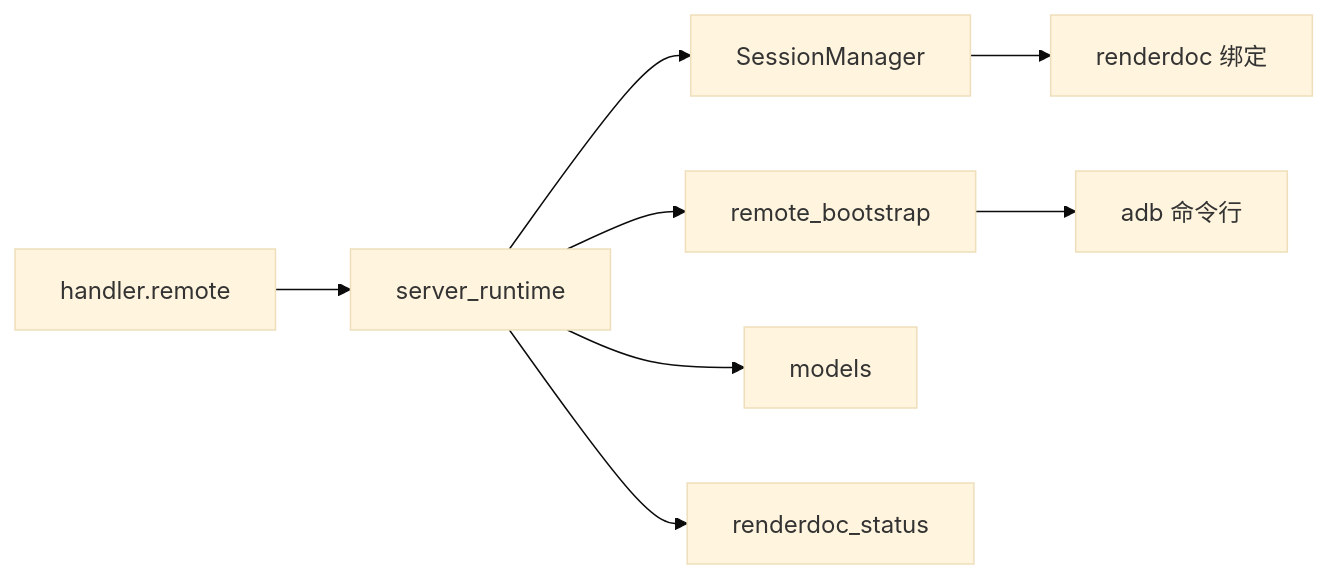
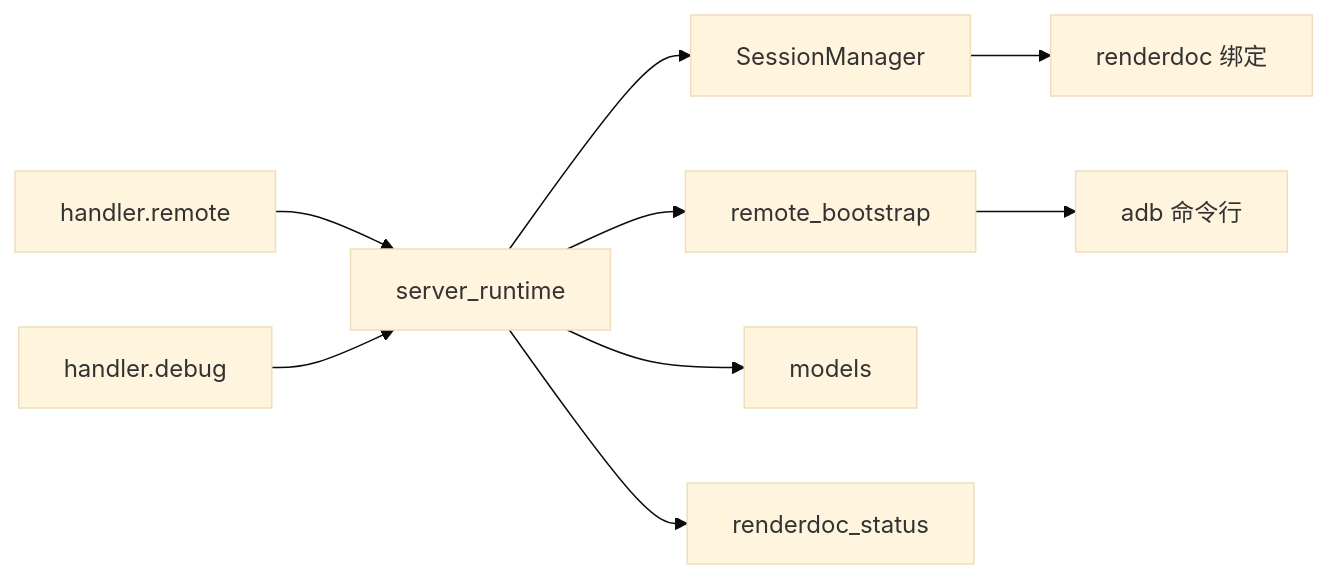
One commit to haolange/RDC-Tool changed the sixth of 6 diagrams in .qoder/repowiki/zh/content/处理器模块/远程处理器.md. Above: the diagram before and after it, drawn with Mermaid (base theme). The commit also changed other lines of this file and 79 other files, not shown here.

````diff
--- a/.qoder/repowiki/zh/content/处理器模块/远程处理器.md
+++ b/.qoder/repowiki/zh/content/处理器模块/远程处理器.md
@@ -300,10 +307,11 @@
 ```mermaid
 graph LR
 H["handler.remote"] --> SR["server_runtime"]
 SR --> SM["SessionManager"]
 SR --> RB["remote_bootstrap"]
 SR --> MD["models"]
 SR --> RS["renderdoc_status"]
 SM --> RD["renderdoc 绑定"]
 RB --> ADB["adb 命令行"]
+HD["handler.debug"] --> SR
 ```
````
